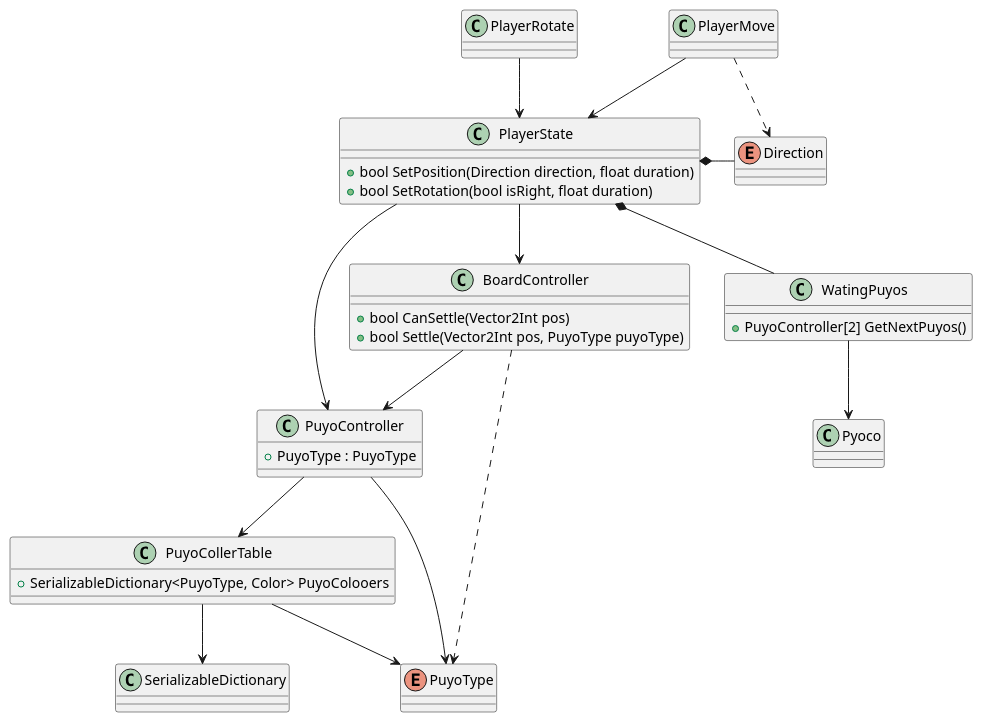
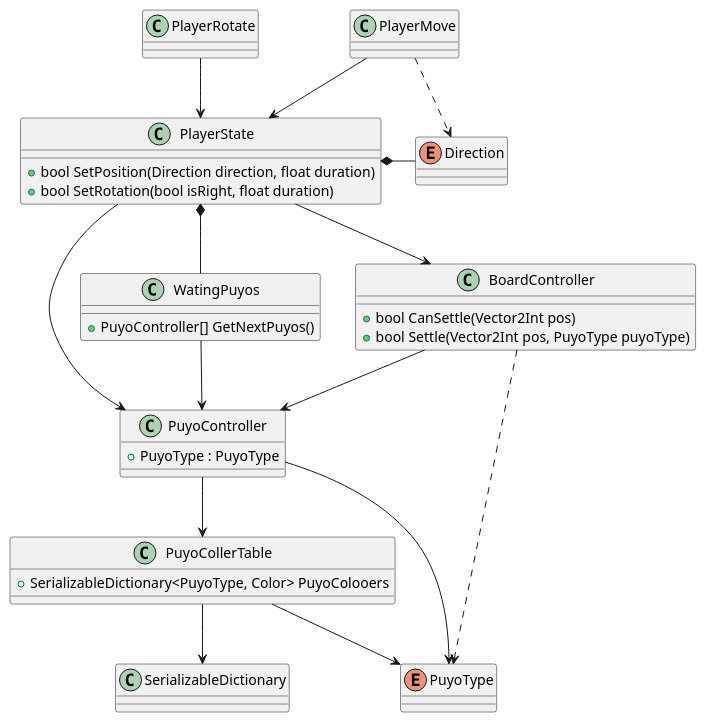
Before and after one commit to snnn30/UniteBlocks: the diagram in puyopuyo.pu, drawn with PlantUML. The commit also changed 5 other files, not shown here.

```diff
--- a/puyopuyo.pu
+++ b/puyopuyo.pu
@@ -1,43 +1,43 @@
 @startuml hoge
 class BoardController{
     +bool CanSettle(Vector2Int pos) 
     +bool Settle(Vector2Int pos, PuyoType puyoType)
 }
 class PuyoController{
     +PuyoType : PuyoType
 }
 class PuyoCollerTable{
     +SerializableDictionary<PuyoType, Color> PuyoColooers
 }
 class SerializableDictionary
 enum PuyoType
 
 class PlayerRotate
 class PlayerMove
 class PlayerState{
     +bool SetPosition(Direction direction, float duration)
     +bool SetRotation(bool isRight, float duration)
 }
 enum Direction
 class WatingPuyos{
-    +PuyoController[2] GetNextPuyos()
+    +PuyoController[] GetNextPuyos()
 }
 
 BoardController --> PuyoController
 BoardController ..> PuyoType
 PuyoController --> PuyoCollerTable
 PuyoController --> PuyoType
 PuyoCollerTable --> SerializableDictionary
 PuyoCollerTable --> PuyoType
 
 PlayerRotate --> PlayerState
 PlayerMove --> PlayerState
 PlayerMove ..> Direction
 PlayerState --> PuyoController
 PlayerState --> BoardController
 PlayerState *- Direction
 PlayerState *-- WatingPuyos
-WatingPuyos --> Pyoco
+WatingPuyos --> PuyoController
 
 
 @enduml
```
